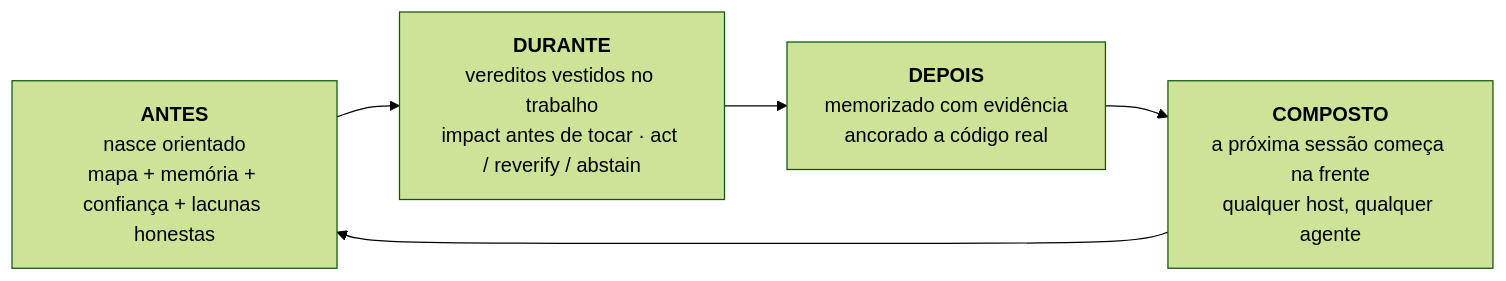
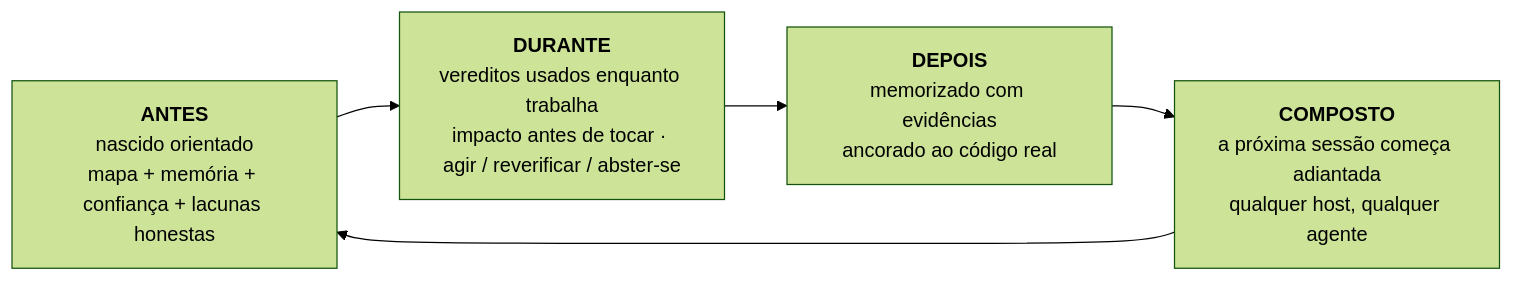
Before and after one commit to maxkle1nz/m1nd: the diagram in i18n/README.pt-BR.md, drawn with Mermaid (forest theme). The commit also changed other lines of this file and 6 other files, not shown here.

````diff
--- a/i18n/README.pt-BR.md
+++ b/i18n/README.pt-BR.md
@@ -105,8 +105,8 @@
 ```mermaid
 flowchart LR
-    B["<b>ANTES</b><br/>nasce orientado<br/>mapa + memória + confiança + lacunas honestas"]
-    D["<b>DURANTE</b><br/>vereditos vestidos no trabalho<br/>impact antes de tocar · act / reverify / abstain"]
-    A["<b>DEPOIS</b><br/>memorizado com evidência<br/>ancorado a código real"]
-    C["<b>COMPOSTO</b><br/>a próxima sessão começa na frente<br/>qualquer host, qualquer agente"]
+    B["<b>ANTES</b><br/>nascido orientado<br/>mapa + memória + confiança + lacunas honestas"]
+    D["<b>DURANTE</b><br/>vereditos usados enquanto trabalha<br/>impacto antes de tocar · agir / reverificar / abster-se"]
+    A["<b>DEPOIS</b><br/>memorizado com evidências<br/>ancorado ao código real"]
+    C["<b>COMPOSTO</b><br/>a próxima sessão começa adiantada<br/>qualquer host, qualquer agente"]
     B --> D --> A --> C --> B
 ```
````
